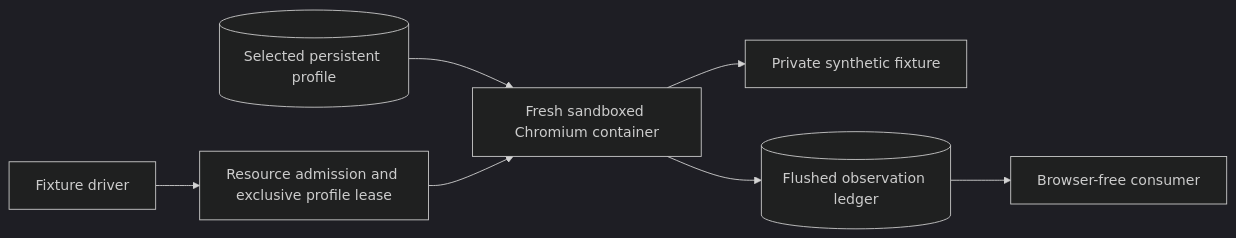
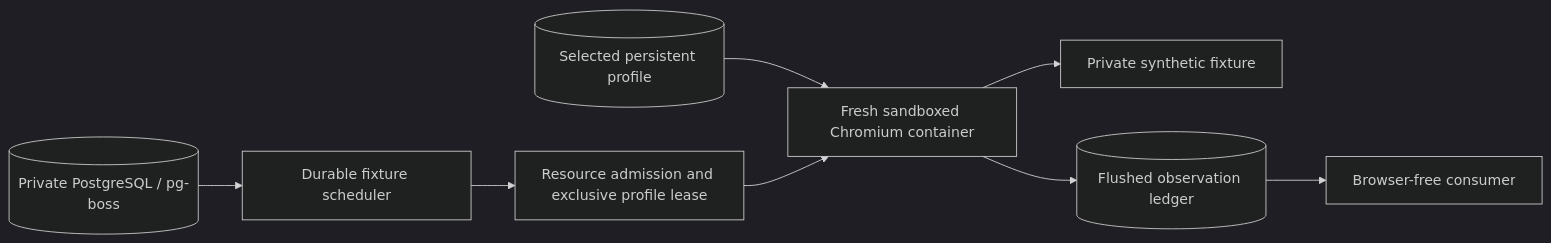
One commit to aiden-isaac/pasarpilot changed the diagram in README.md. Above: the diagram before and after it, drawn with Mermaid (dark theme). The commit also changed other lines of this file and 2 other files, not shown here.

First line of the commit message:
docs(scheduler): publish operational commands and overview (task 6.1)

````diff
--- a/README.md
+++ b/README.md
@@ -11,9 +11,10 @@
 ```mermaid
 flowchart LR
-    Driver[Fixture driver] --> Admission[Resource admission and exclusive profile lease]
+    Jobs[(Private PostgreSQL / pg-boss)] --> Driver[Durable fixture scheduler]
+    Driver --> Admission[Resource admission and exclusive profile lease]
     Profile[(Selected persistent profile)] --> Browser[Fresh sandboxed Chromium container]
     Admission --> Browser
     Browser --> Fixture[Private synthetic fixture]
     Browser --> Events[(Flushed observation ledger)]
     Events --> Consumer[Browser-free consumer]
 ```
````
